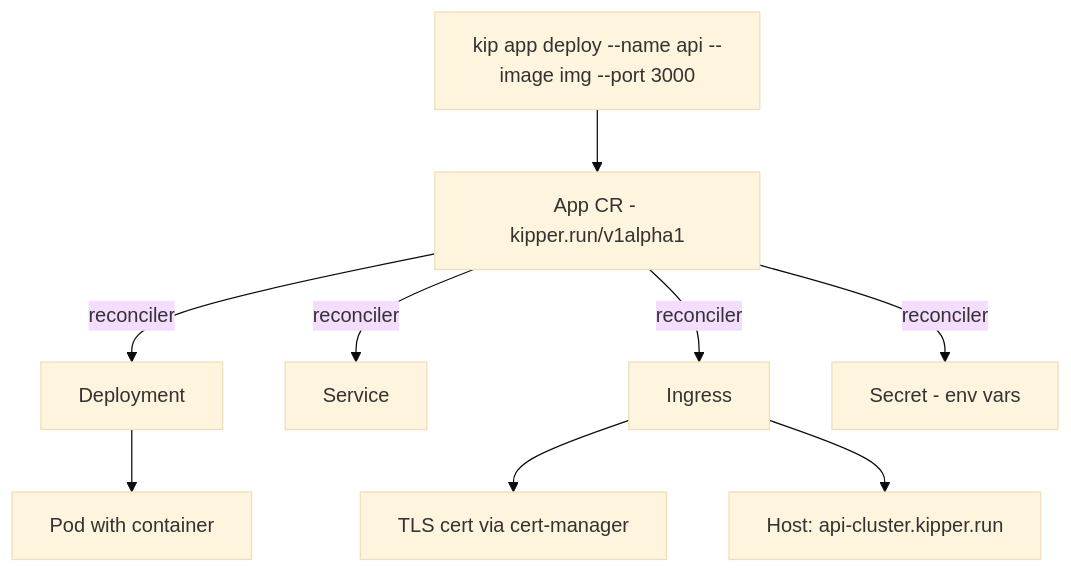
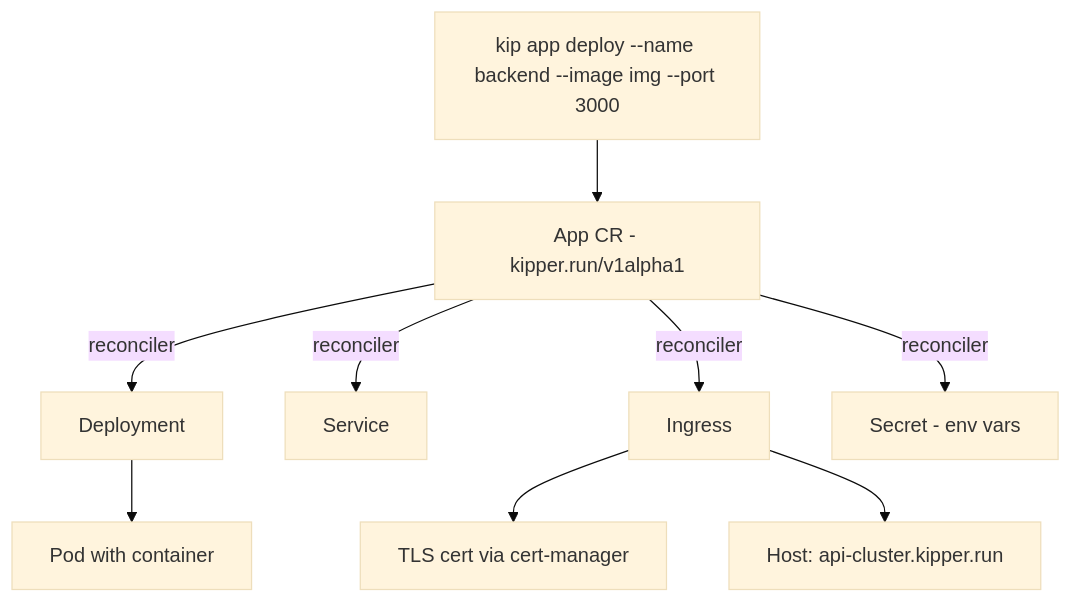
Before and after one commit to getkipper/kipper: the fifth of 5 diagrams in docs/en/architecture.md, drawn with Mermaid (base theme). The commit also changed other lines of this file and 12 other files, not shown here.

Commit message:
docs: rename example app from api to backend

````diff
--- a/docs/en/architecture.md
+++ b/docs/en/architecture.md
@@ -199,14 +199,14 @@
 ```mermaid
 flowchart TD
-    A[kip app deploy --name api --image img --port 3000]
+    A[kip app deploy --name backend --image img --port 3000]
     A --> B[App CR - kipper.run/v1alpha1]
 
     B -->|reconciler| C[Deployment]
     B -->|reconciler| D[Service]
     B -->|reconciler| E[Ingress]
     B -->|reconciler| F[Secret - env vars]
 
     C --> G[Pod with container]
     E --> H[TLS cert via cert-manager]
     E --> I[Host: api-cluster.kipper.run]
 ```
````
